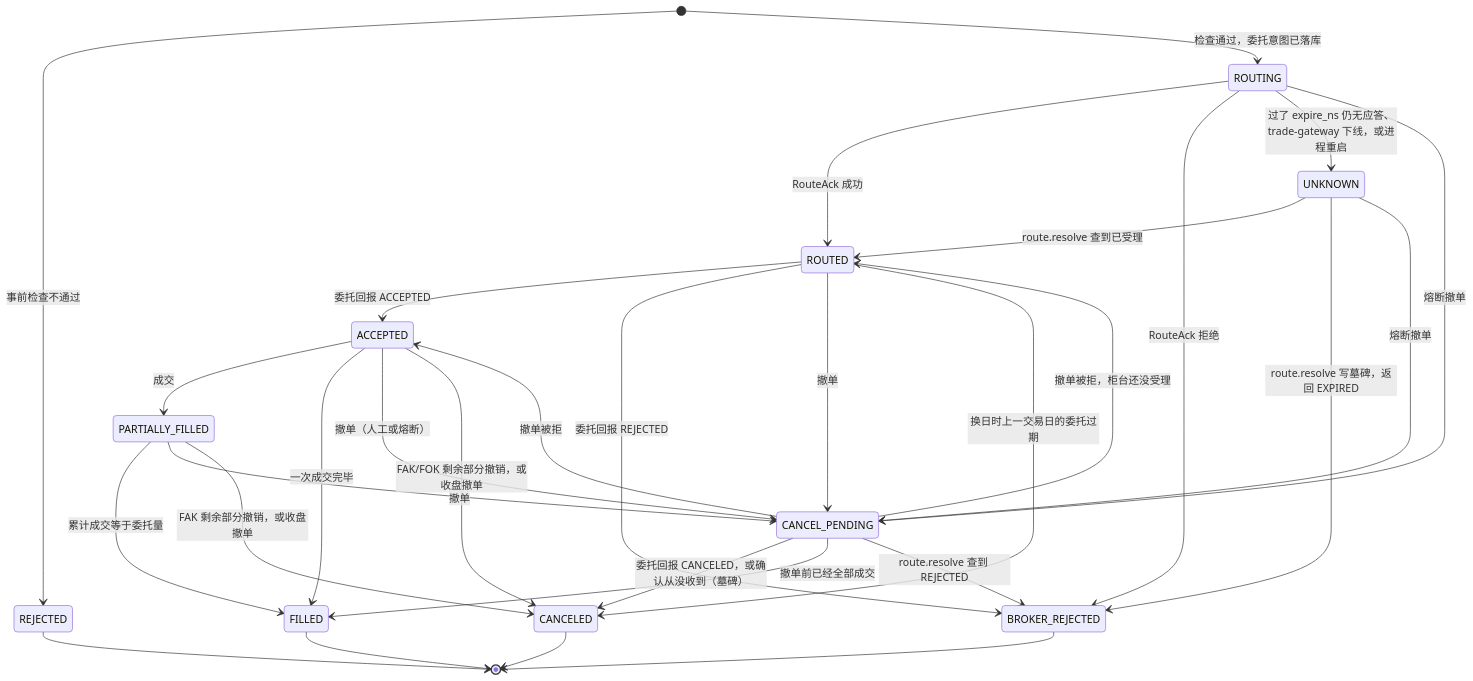
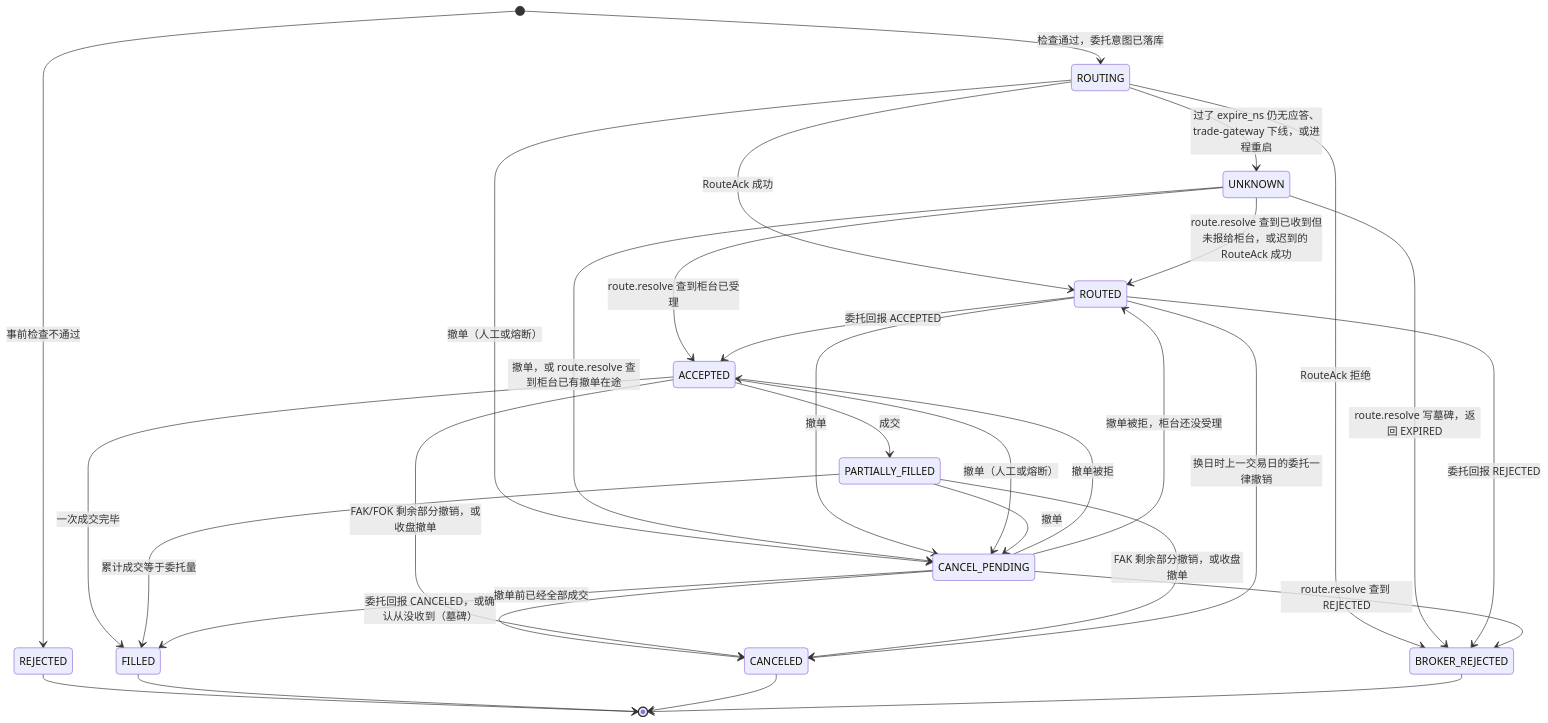
One commit to tom-xue-dev/futrisk changed the diagram in docs/02-communication-protocol.md. Above: the diagram before and after it, drawn with Mermaid. The commit also changed other lines of this file and 31 other files, not shown here.

First line of the commit message:
文档：按代码重建 docs 为 v1.0，全量验证并重拍截图

````diff
--- a/docs/02-communication-protocol.md
+++ b/docs/02-communication-protocol.md
@@ -1599,32 +1601,33 @@
 ```mermaid
 stateDiagram-v2
     [*] --> REJECTED : 事前检查不通过
     [*] --> ROUTING : 检查通过，委托意图已落库
     ROUTING --> ROUTED : RouteAck 成功
     ROUTING --> BROKER_REJECTED : RouteAck 拒绝
     ROUTING --> UNKNOWN : 过了 expire_ns 仍无应答、trade-gateway 下线，或进程重启
-    UNKNOWN --> ROUTED : route.resolve 查到已受理
+    UNKNOWN --> ROUTED : route.resolve 查到已收到但未报给柜台，或迟到的 RouteAck 成功
+    UNKNOWN --> ACCEPTED : route.resolve 查到柜台已受理
     UNKNOWN --> BROKER_REJECTED : route.resolve 写墓碑，返回 EXPIRED
-    ROUTING --> CANCEL_PENDING : 熔断撤单
-    UNKNOWN --> CANCEL_PENDING : 熔断撤单
+    ROUTING --> CANCEL_PENDING : 撤单（人工或熔断）
+    UNKNOWN --> CANCEL_PENDING : 撤单，或 route.resolve 查到柜台已有撤单在途
     ROUTED --> ACCEPTED : 委托回报 ACCEPTED
     ROUTED --> BROKER_REJECTED : 委托回报 REJECTED
     ROUTED --> CANCEL_PENDING : 撤单
     ACCEPTED --> PARTIALLY_FILLED : 成交
     ACCEPTED --> FILLED : 一次成交完毕
     PARTIALLY_FILLED --> FILLED : 累计成交等于委托量
     ACCEPTED --> CANCEL_PENDING : 撤单（人工或熔断）
     PARTIALLY_FILLED --> CANCEL_PENDING : 撤单
     CANCEL_PENDING --> CANCELED : 委托回报 CANCELED，或确认从没收到（墓碑）
     CANCEL_PENDING --> FILLED : 撤单前已经全部成交
     CANCEL_PENDING --> ACCEPTED : 撤单被拒
     CANCEL_PENDING --> ROUTED : 撤单被拒，柜台还没受理
     CANCEL_PENDING --> BROKER_REJECTED : route.resolve 查到 REJECTED
     ACCEPTED --> CANCELED : FAK/FOK 剩余部分撤销，或收盘撤单
     PARTIALLY_FILLED --> CANCELED : FAK 剩余部分撤销，或收盘撤单
-    ROUTED --> CANCELED : 换日时上一交易日的委托过期
+    ROUTED --> CANCELED : 换日时上一交易日的委托一律撤销
     REJECTED --> [*]
     FILLED --> [*]
     CANCELED --> [*]
     BROKER_REJECTED --> [*]
 ```
````
